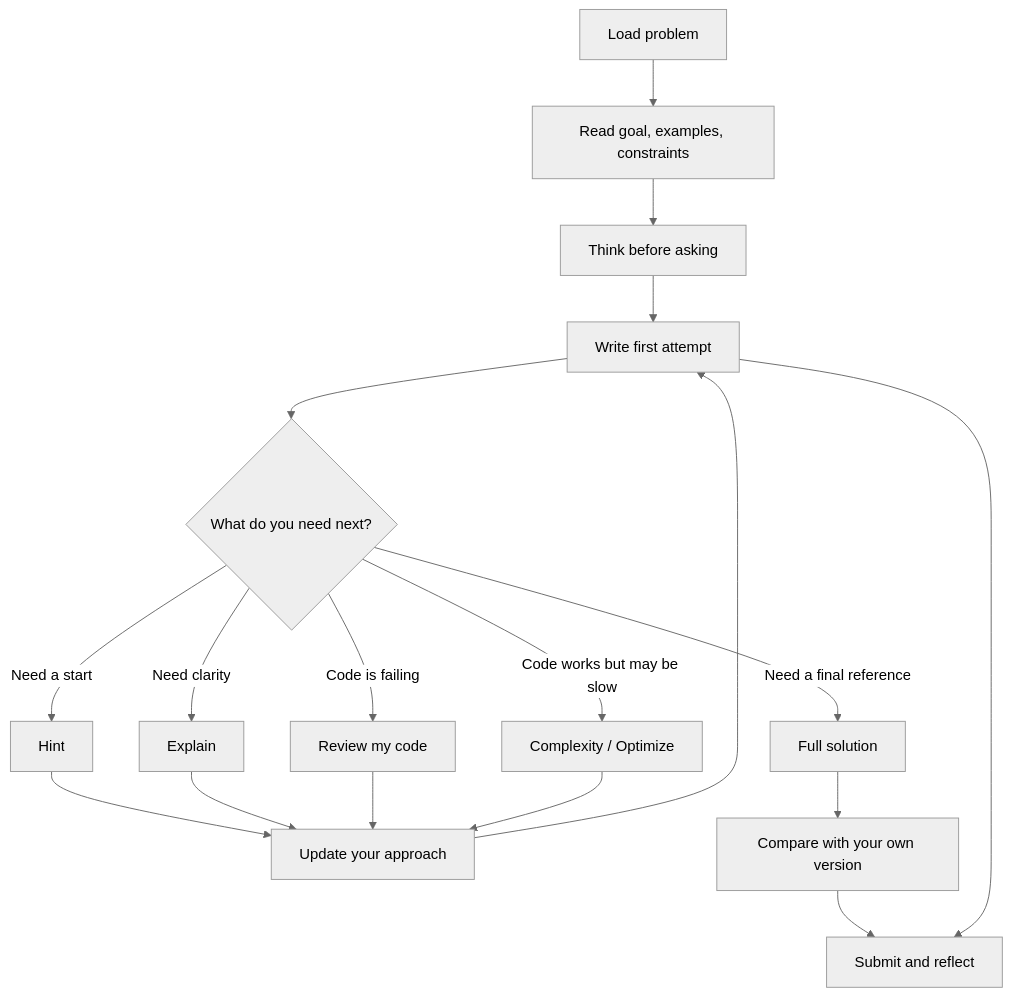
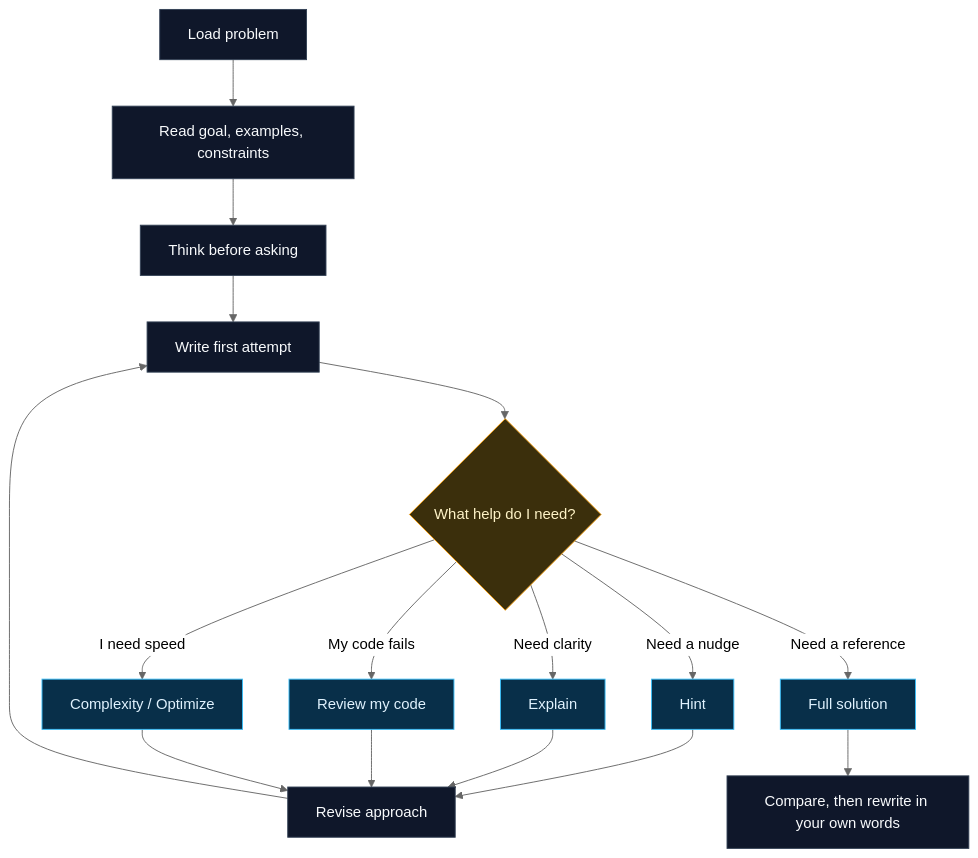
The second of 8 diagrams in README.md (Harshpreet1729/LeetMentor), drawn with Mermaid (neutral theme) before and after one commit. The commit also changed other lines of this file, not shown here.

Commit message:
Redesign README with architecture diagrams

````diff
--- a/README.md
+++ b/README.md
@@ -83,20 +88,25 @@
 ```mermaid
 flowchart TD
     A["Load problem"] --> B["Read goal, examples, constraints"]
     B --> C["Think before asking"]
     C --> D["Write first attempt"]
-    D --> E{"What do you need next?"}
-    E -->|"Need a start"| F["Hint"]
+    D --> E{"What help do I need?"}
+    E -->|"Need a nudge"| F["Hint"]
     E -->|"Need clarity"| G["Explain"]
-    E -->|"Code is failing"| H["Review my code"]
-    E -->|"Code works but may be slow"| I["Complexity / Optimize"]
-    E -->|"Need a final reference"| J["Full solution"]
-    F --> K["Update your approach"]
+    E -->|"My code fails"| H["Review my code"]
+    E -->|"I need speed"| I["Complexity / Optimize"]
+    E -->|"Need a reference"| J["Full solution"]
+    F --> K["Revise approach"]
     G --> K
     H --> K
     I --> K
     K --> D
-    J --> L["Compare with your own version"]
-    L --> M["Submit and reflect"]
-    D --> M
+    J --> L["Compare, then rewrite in your own words"]
+
+    classDef step fill:#0f172a,stroke:#334155,color:#f8fafc;
+    classDef choice fill:#3b2f0c,stroke:#f59e0b,color:#fef3c7;
+    classDef action fill:#082f49,stroke:#38bdf8,color:#e0f2fe;
+    class A,B,C,D,K,L step;
+    class E choice;
+    class F,G,H,I,J action;
 ```
````
